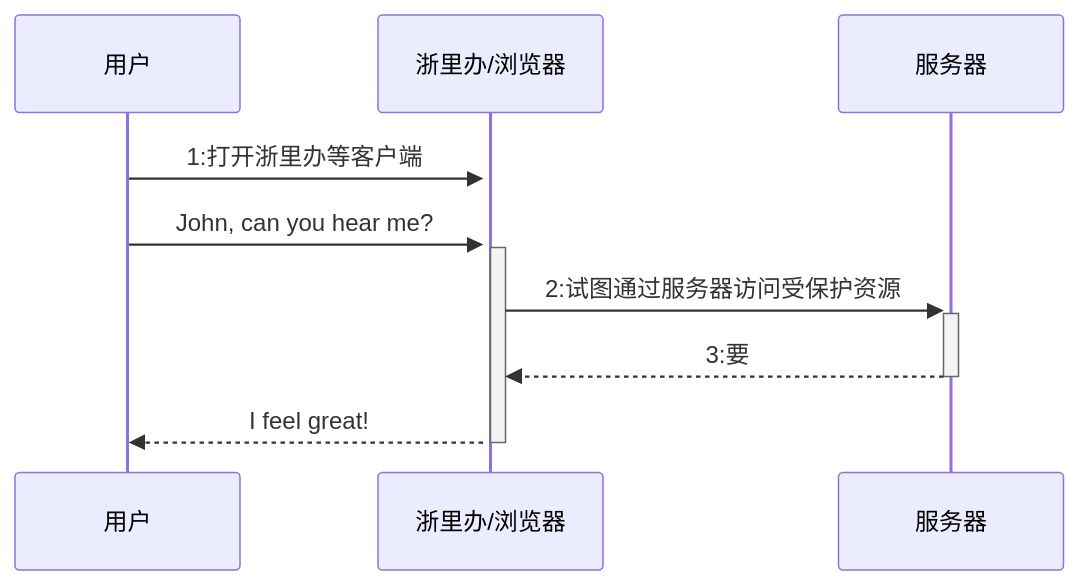
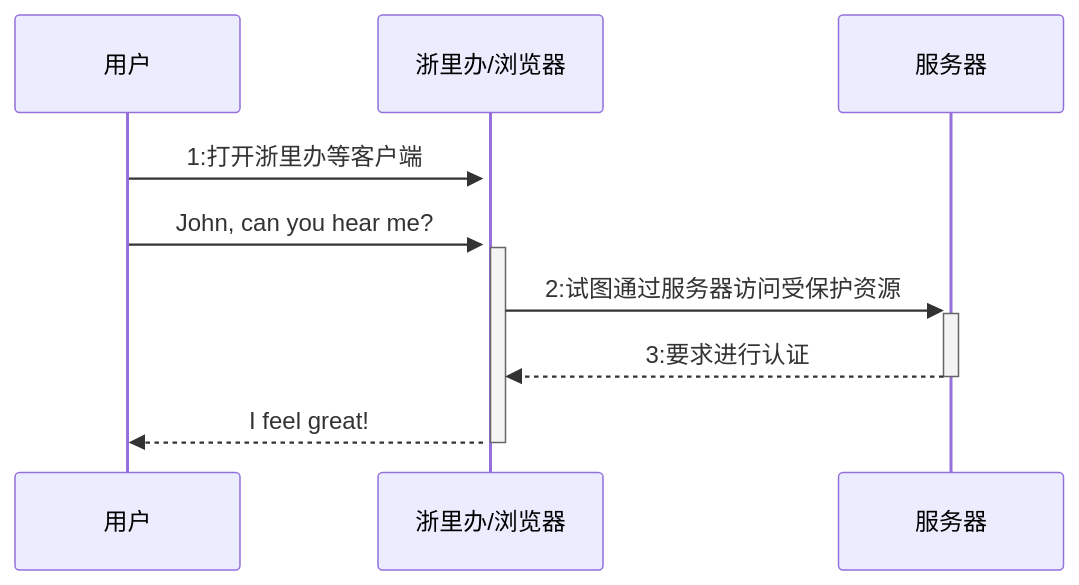
One commit to fifuntop/iodraw-files changed the diagram in all/居民端时序图.md. Above: the diagram before and after it, drawn with Mermaid.

Commit message:
2024-03-14 14:50:31 update

````diff
--- a/all/居民端时序图.md
+++ b/all/居民端时序图.md
@@ -1,9 +1,9 @@
 ```mermaid
 sequenceDiagram
     用户->>+浙里办/浏览器: 1:打开浙里办等客户端
     用户->>+浙里办/浏览器: John, can you hear me?
     浙里办/浏览器->>+服务器: 2:试图通过服务器访问受保护资源
-    服务器-->>-浙里办/浏览器: 3:要
+    服务器-->>-浙里办/浏览器: 3:要求进行认证
     浙里办/浏览器-->>-用户: I feel great!
             
 ```
````
